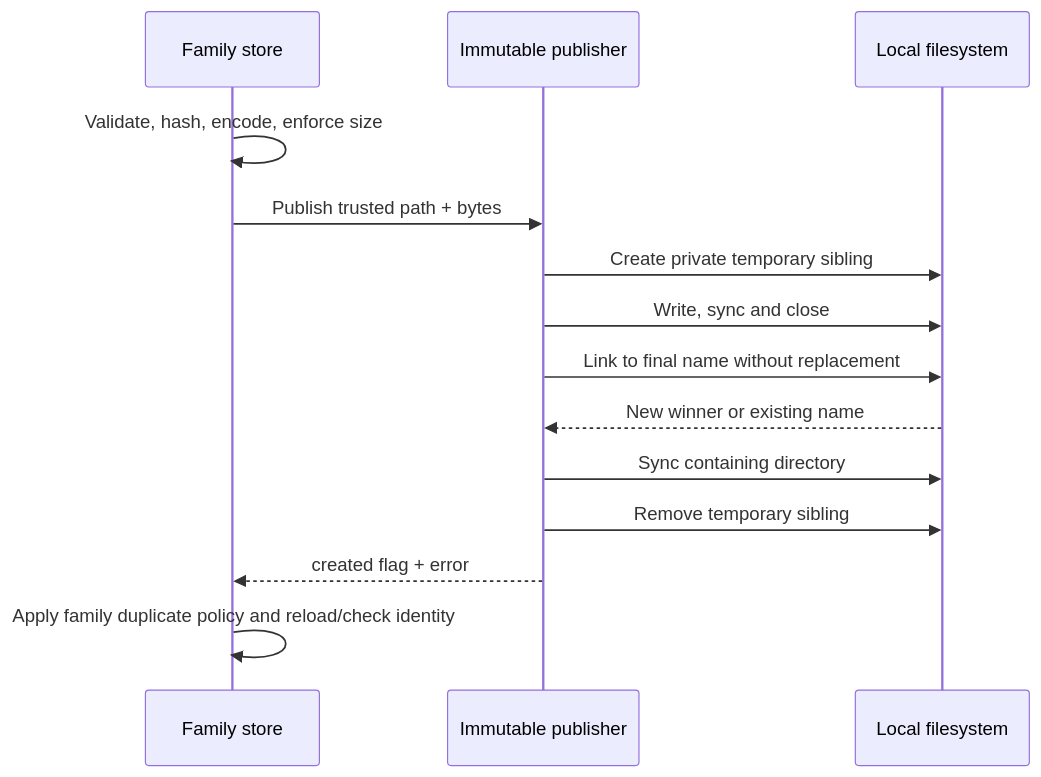
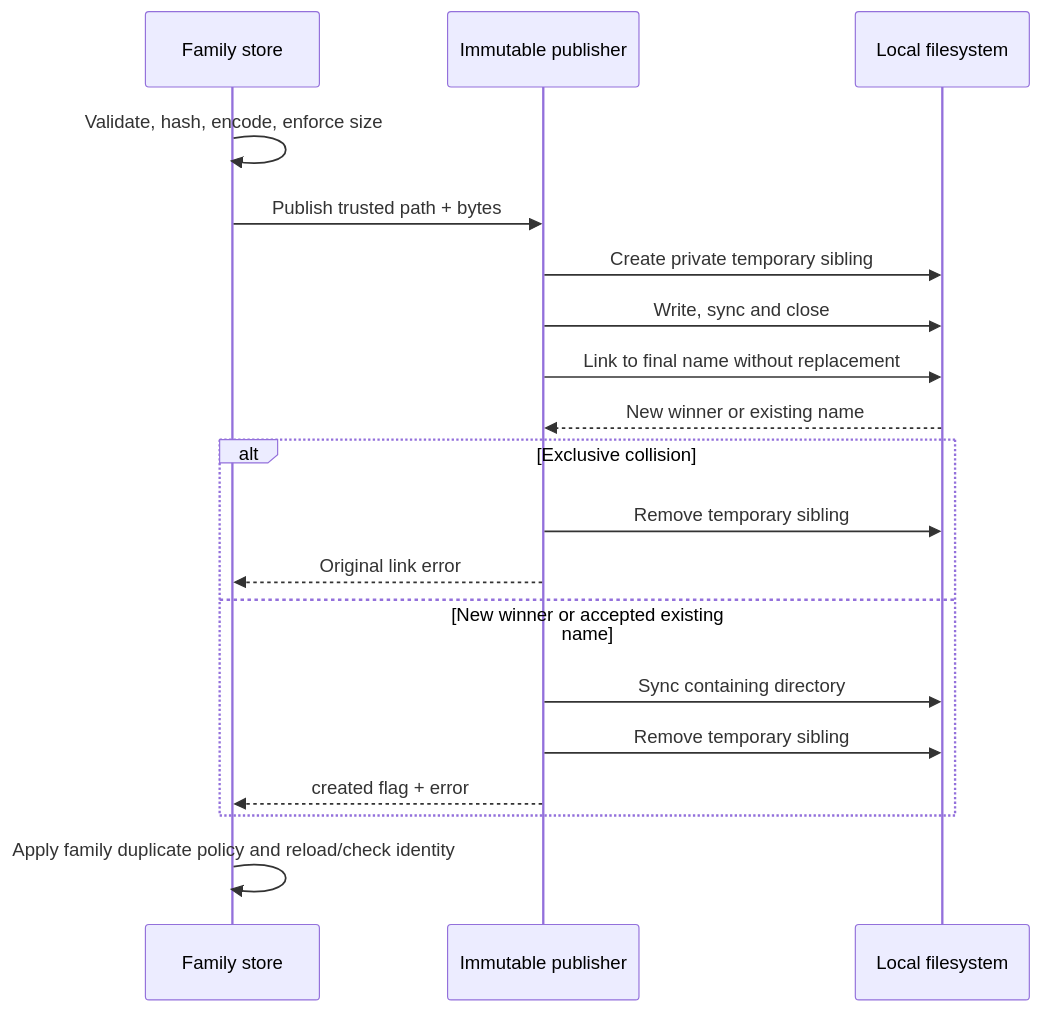
The diagram in docs/IMMUTABLE_PUBLICATION.md (casselc/goo), drawn with Mermaid before and after one commit. The commit also changed other lines of this file and 17 other files, not shown here.

````diff
--- a/docs/IMMUTABLE_PUBLICATION.md
+++ b/docs/IMMUTABLE_PUBLICATION.md
@@ -17,16 +18,21 @@
 ```mermaid
 sequenceDiagram
   participant Caller as Family store
   participant File as Immutable publisher
   participant Disk as Local filesystem
   Caller->>Caller: Validate, hash, encode, enforce size
   Caller->>File: Publish trusted path + bytes
   File->>Disk: Create private temporary sibling
   File->>Disk: Write, sync and close
   File->>Disk: Link to final name without replacement
   Disk-->>File: New winner or existing name
-  File->>Disk: Sync containing directory
-  File->>Disk: Remove temporary sibling
-  File-->>Caller: created flag + error
+  alt Exclusive collision
+    File->>Disk: Remove temporary sibling
+    File-->>Caller: Original link error
+  else New winner or accepted existing name
+    File->>Disk: Sync containing directory
+    File->>Disk: Remove temporary sibling
+    File-->>Caller: created flag + error
+  end
   Caller->>Caller: Apply family duplicate policy and reload/check identity
 ```
````
